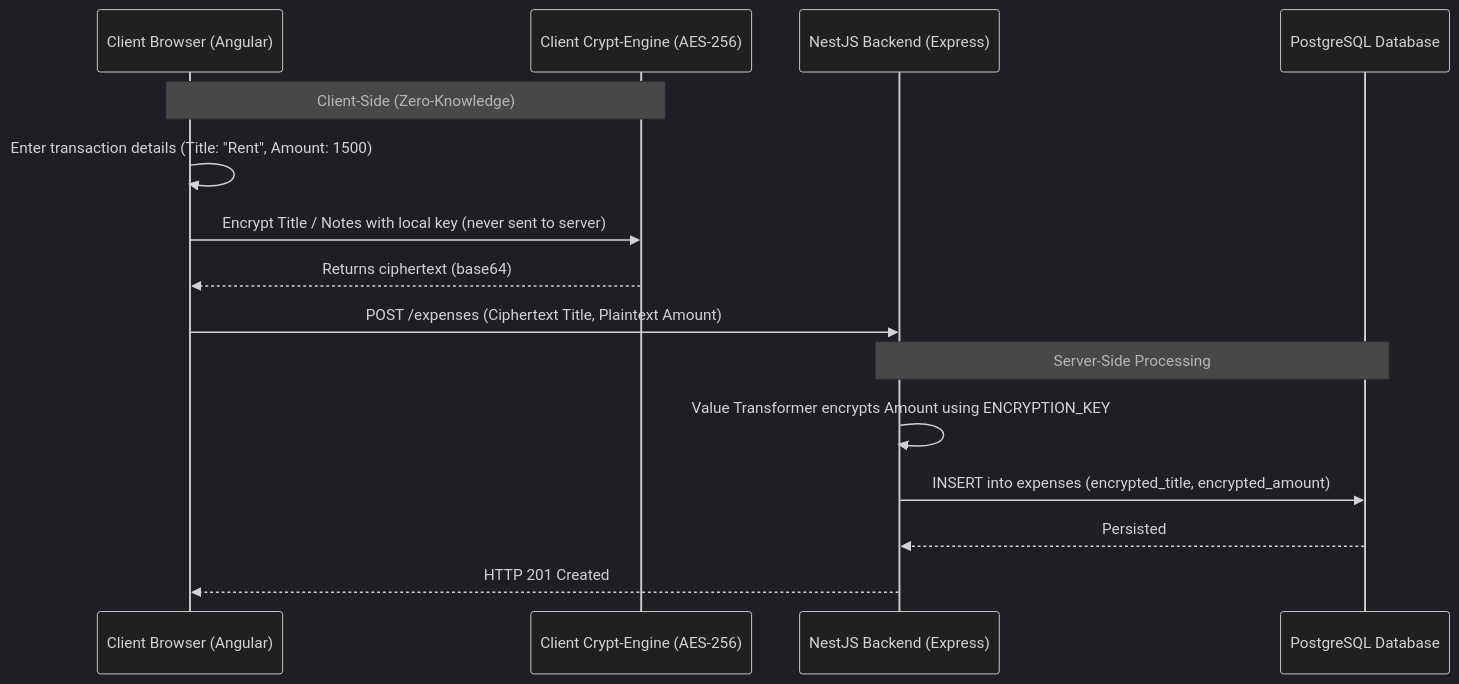
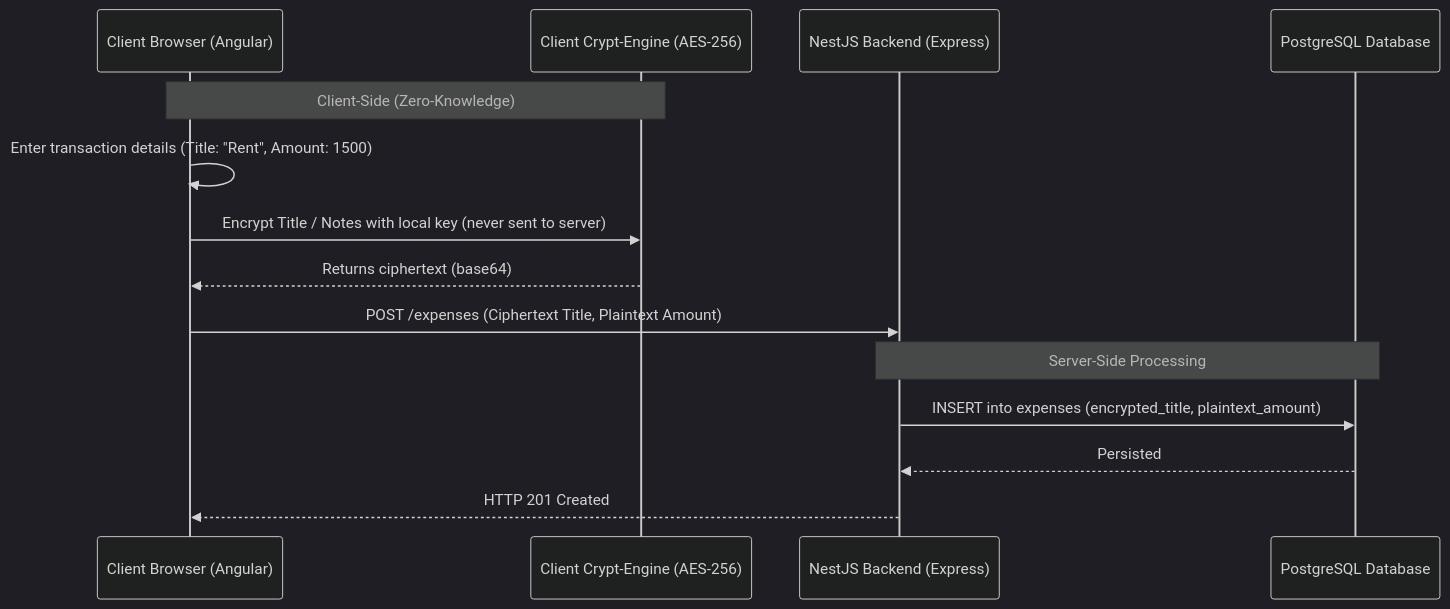
One commit to prvnsahni-duck/FInMate changed the second of 4 diagrams in ARCHITECTURE.md. Above: the diagram before and after it, drawn with Mermaid (dark theme). The commit also changed other lines of this file and 51 other files, not shown here.

First line of the commit message:
feat(expenses): complete recurring expenses and align zero-knowledge architecture

````diff
--- a/ARCHITECTURE.md
+++ b/ARCHITECTURE.md
@@ -45,19 +45,18 @@
 ```mermaid
 sequenceDiagram
     participant User as Client Browser (Angular)
     participant Crypt as Client Crypt-Engine (AES-256)
     participant API as NestJS Backend (Express)
     participant DB as PostgreSQL Database
 
     Note over User,Crypt: Client-Side (Zero-Knowledge)
     User->>User: Enter transaction details (Title: "Rent", Amount: 1500)
     User->>Crypt: Encrypt Title / Notes with local key (never sent to server)
     Crypt-->>User: Returns ciphertext (base64)
     User->>API: POST /expenses (Ciphertext Title, Plaintext Amount)
     
     Note over API,DB: Server-Side Processing
-    API->>API: Value Transformer encrypts Amount using ENCRYPTION_KEY
-    API->>DB: INSERT into expenses (encrypted_title, encrypted_amount)
+    API->>DB: INSERT into expenses (encrypted_title, plaintext_amount)
     DB-->>API: Persisted
     API-->>User: HTTP 201 Created
 ```
````
